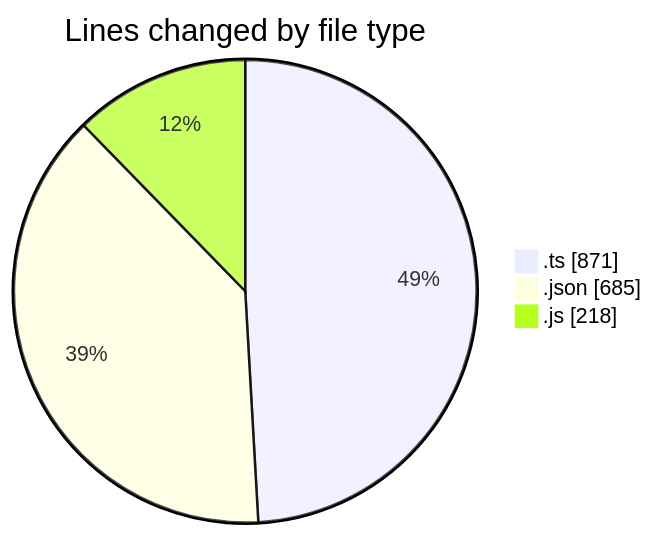
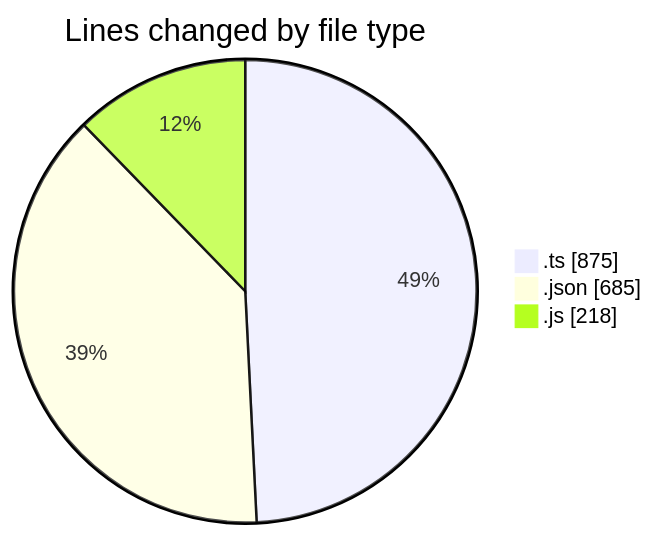
Before and after one commit to EIIisD/code-tracking: the first of 2 diagrams in 2025-08-26/mcp-web/README.md, drawn with Mermaid. The commit also changed other lines of this file and 1 other file, not shown here.

````diff
--- a/2025-08-26/mcp-web/README.md
+++ b/2025-08-26/mcp-web/README.md
@@ -27,7 +27,7 @@
 ```mermaid
 pie showData
 title Lines changed by file type
-".ts" : 871
+".ts" : 875
 ".json" : 685
 ".js" : 218
 ```
````
